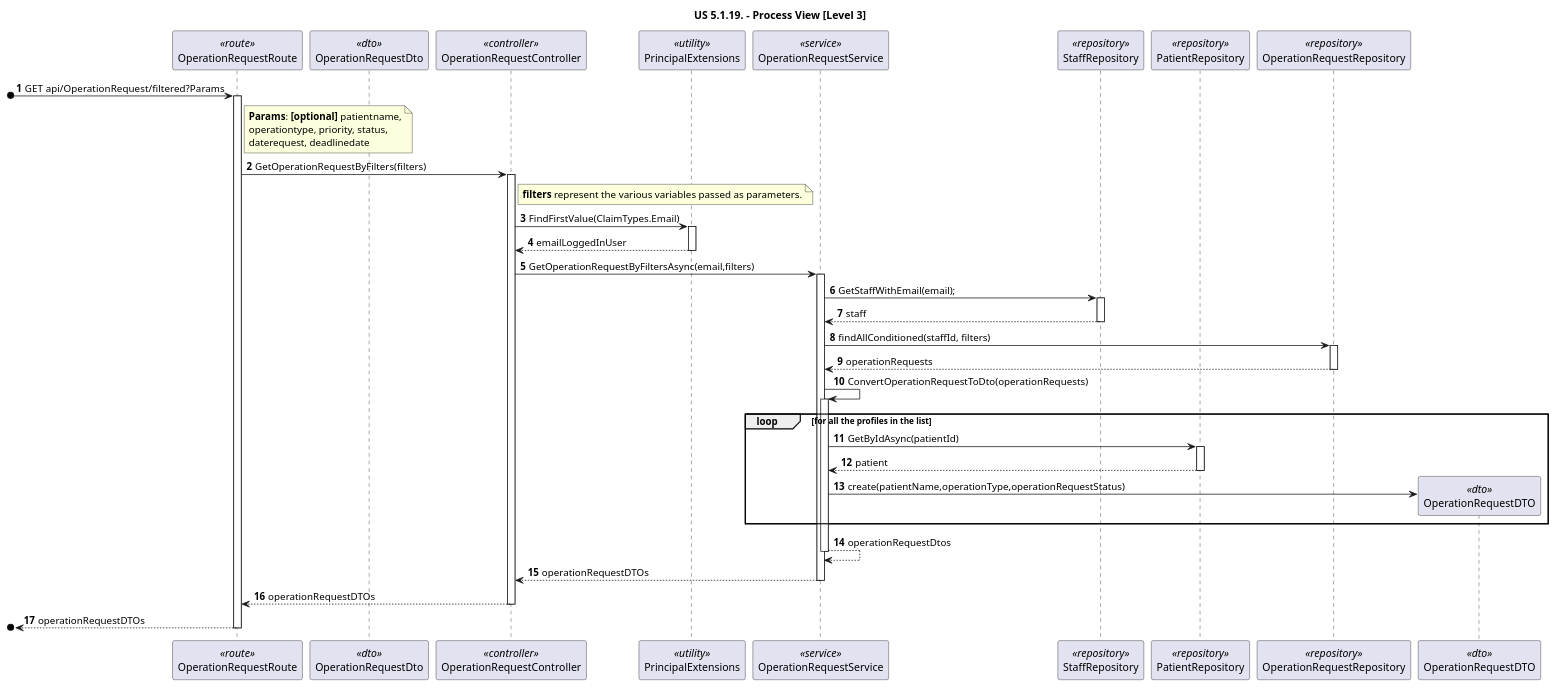
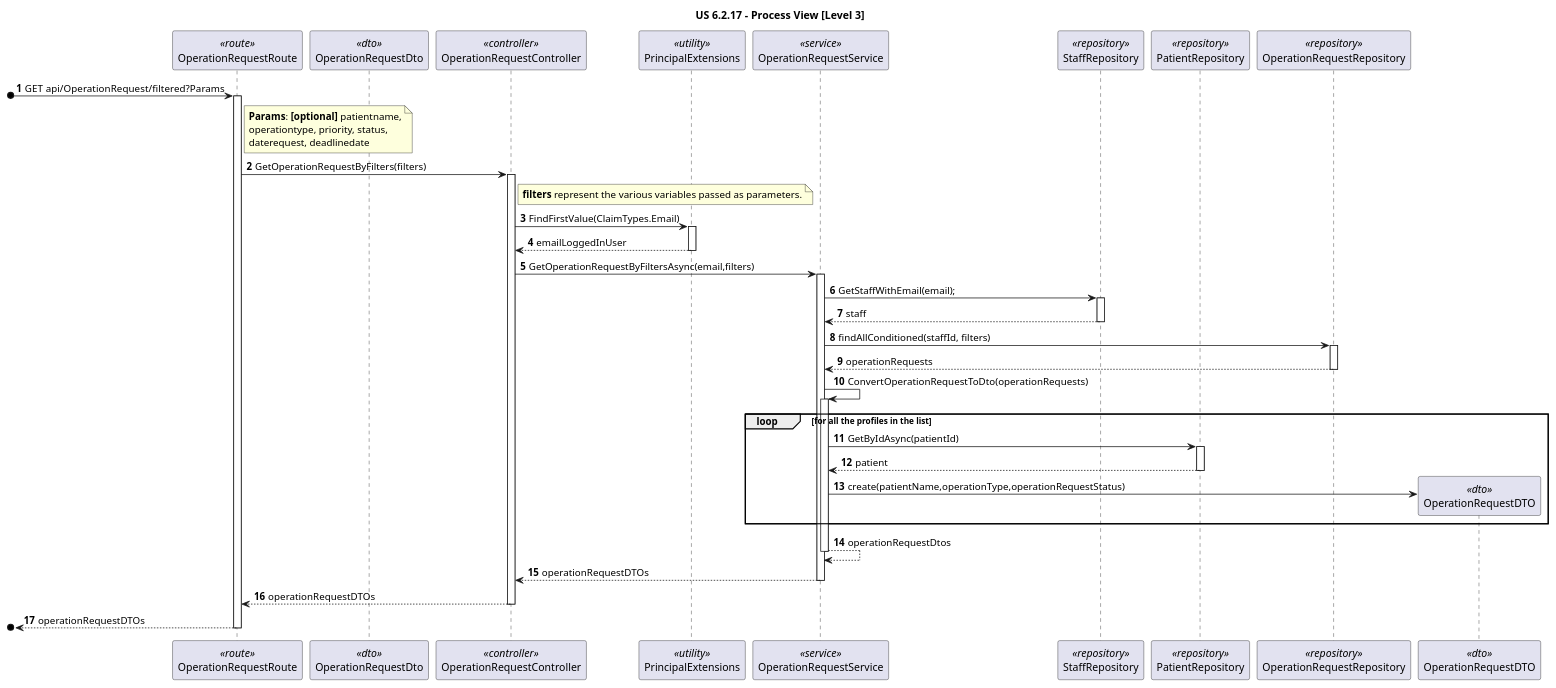
One commit to rita-barbosa/LAPR5-2425 changed the diagram in docs/sprint-2/1220841/us-6.2.17/diagrams/level-3-process-view-mdbackoffice.puml. Above: the diagram before and after it, drawn with PlantUML. The commit also changed 10 other files, not shown here.

Commit message:
DG38-442 | docs: corrects the titles of the process view diagrams.

```diff
--- a/docs/sprint-2/1220841/us-6.2.17/diagrams/level-3-process-view-mdbackoffice.puml
+++ b/docs/sprint-2/1220841/us-6.2.17/diagrams/level-3-process-view-mdbackoffice.puml
@@ -1,72 +1,72 @@
 @startuml
 
-title "US 5.1.19. - Process View [Level 3]"
+title "US 6.2.17 - Process View [Level 3]"
 
 autonumber
 participant "OperationRequestRoute" as ROUTE <<route>>
 participant "OperationRequestDto" as pat_dto <<dto>>
 participant "OperationRequestController" as CTRL <<controller>>
 participant "PrincipalExtensions" as CLAIMS <<utility>>
 participant "OperationRequestService" as SVC <<service>>
 participant "StaffRepository" as STA_REPO <<repository>>
 participant "PatientRepository" as PAT_REPO <<repository>>
 participant "OperationRequestRepository" as REPO <<repository>>
 participant "StaffRepository" as REPO <<repository>>
 participant "OperationRequestDTO" as DTO <<dto>>
 
 
 [o-> ROUTE: GET  api/OperationRequest/filtered?Params
 activate ROUTE
 note right of ROUTE:**Params**: **[optional]** patientname,\noperationtype, priority, status,\ndaterequest, deadlinedate
 
 ROUTE -> CTRL: GetOperationRequestByFilters(filters)
 activate CTRL
 
 note right of CTRL: **filters** represent the various variables passed as parameters.
 
 CTRL -> CLAIMS : FindFirstValue(ClaimTypes.Email)
 activate CLAIMS
 
 CLAIMS --> CTRL : emailLoggedInUser
 deactivate CLAIMS
 
 
 CTRL -> SVC: GetOperationRequestByFiltersAsync(email,filters)
 activate SVC
 
 SVC -> STA_REPO: GetStaffWithEmail(email);
 activate STA_REPO
 
 STA_REPO --> SVC: staff
 deactivate STA_REPO
 
 SVC -> REPO : findAllConditioned(staffId, filters)
 activate REPO
 REPO --> SVC : operationRequests
 deactivate REPO
 
 SVC -> SVC: ConvertOperationRequestToDto(operationRequests)
 activate SVC
 
 loop for all the profiles in the list
         SVC -> PAT_REPO : GetByIdAsync(patientId)
         activate PAT_REPO
         PAT_REPO -->  SVC : patient
         deactivate PAT_REPO
 
         SVC -> DTO ** : create(patientName,operationType,operationRequestStatus)
 end loop
 
 
 SVC --> SVC : operationRequestDtos
 deactivate SVC
 
 SVC --> CTRL: operationRequestDTOs
 deactivate SVC
 
 CTRL --> ROUTE: operationRequestDTOs
 deactivate CTRL
 
 [o<-- ROUTE: operationRequestDTOs
 deactivate ROUTE
 @enduml
```
